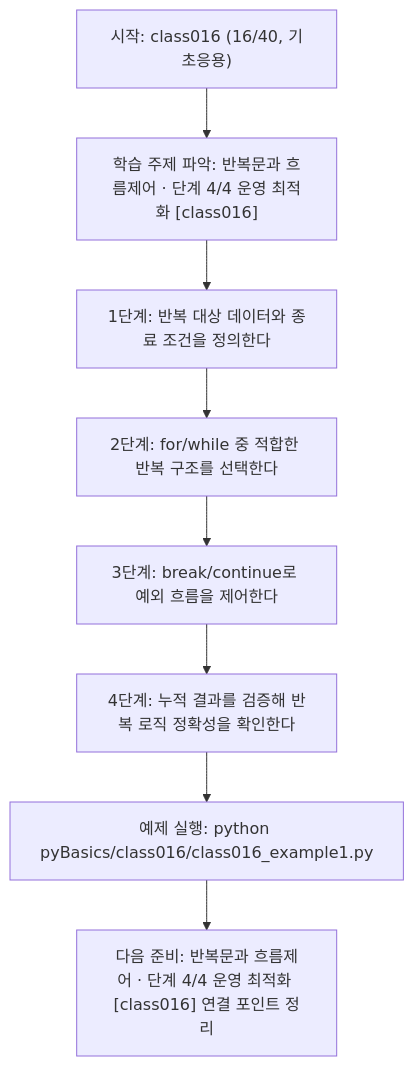
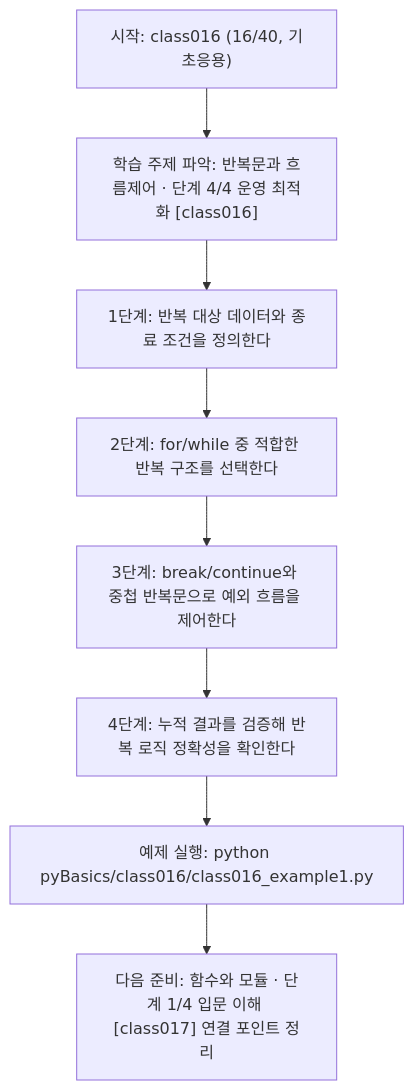
The diagram in pyBasics/class016/class016.md (edumgt/Python-AI_Agent-Class), drawn with Mermaid before and after one commit. The commit also changed other lines of this file and 2370 other files, not shown here.

````diff
--- a/pyBasics/class016/class016.md
+++ b/pyBasics/class016/class016.md
@@ -109,18 +91,18 @@
 ```mermaid
 flowchart TD
 N1["시작: class016 (16/40, 기초응용)"]
 N2["학습 주제 파악: 반복문과 흐름제어 · 단계 4/4 운영 최적화 [class016]"]
 N3["1단계: 반복 대상 데이터와 종료 조건을 정의한다"]
 N4["2단계: for/while 중 적합한 반복 구조를 선택한다"]
-N5["3단계: break/continue로 예외 흐름을 제어한다"]
+N5["3단계: break/continue와 중첩 반복문으로 예외 흐름을 제어한다"]
 N6["4단계: 누적 결과를 검증해 반복 로직 정확성을 확인한다"]
 N7["예제 실행: python pyBasics/class016/class016_example1.py"]
-N8["다음 준비: 반복문과 흐름제어 · 단계 4/4 운영 최적화 [class016] 연결 포인트 정리"]
+N8["다음 준비: 함수와 모듈 · 단계 1/4 입문 이해 [class017] 연결 포인트 정리"]
 N1 --> N2
 N2 --> N3
 N3 --> N4
 N4 --> N5
 N5 --> N6
 N6 --> N7
 N7 --> N8
 ```
````
